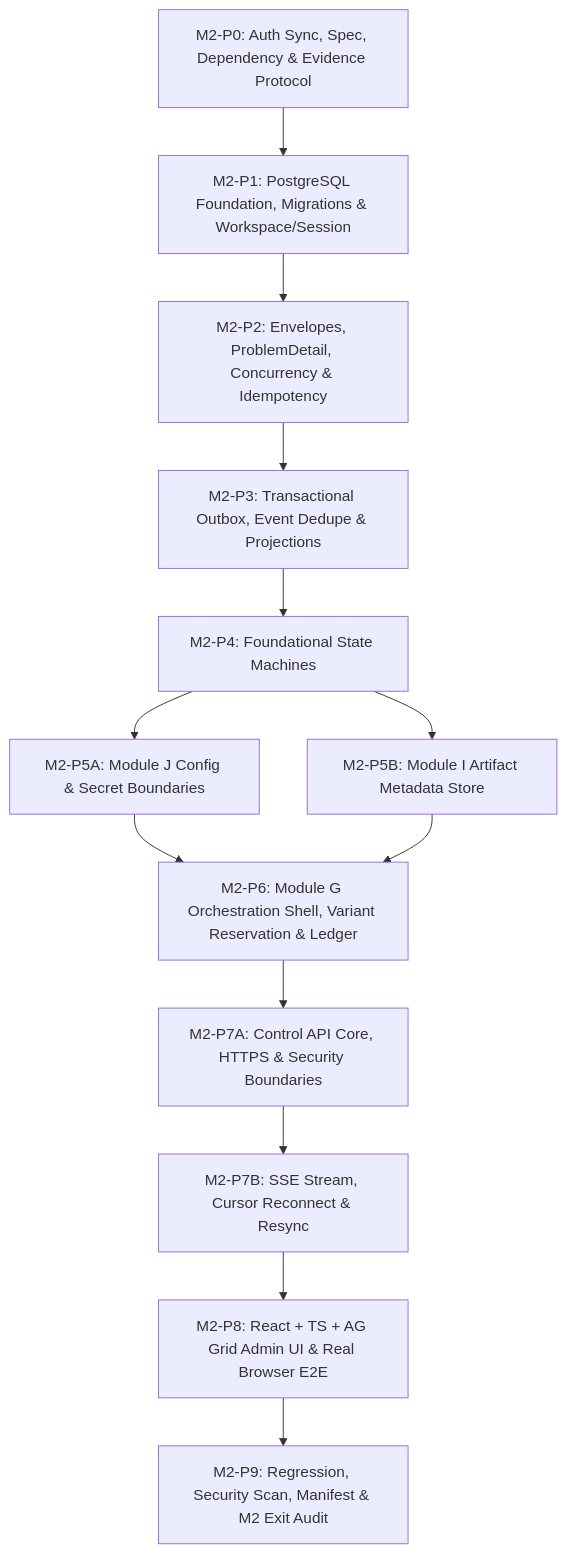
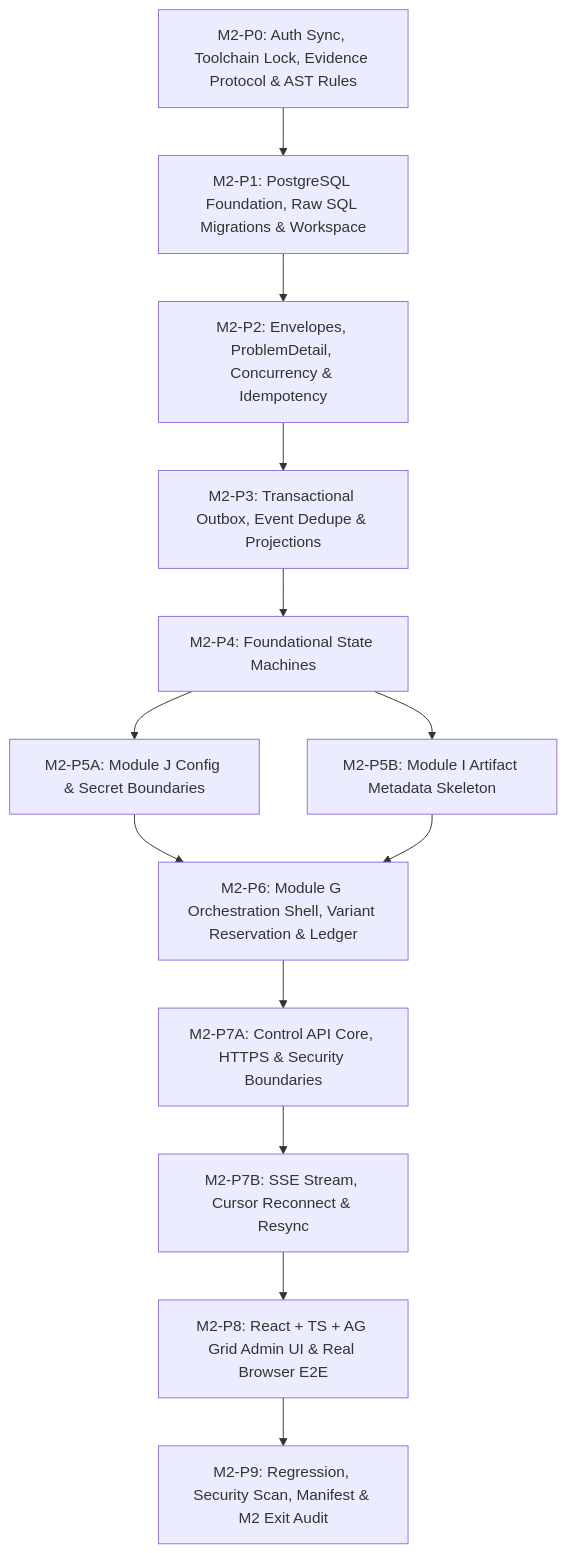
The diagram in docs/milestones/m2-control-plane/implementation-plan.md (trungqwe/AI-Auto-Video-Creator), drawn with Mermaid before and after one commit. The commit also changed other lines of this file and 1 other file, not shown here.

Commit message:
docs(m2): finalize spec and implementation plan per independent review

````diff
--- a/docs/milestones/m2-control-plane/implementation-plan.md
+++ b/docs/milestones/m2-control-plane/implementation-plan.md
@@ -38,15 +41,15 @@
 ```mermaid
 graph TD
-    M2_P0["M2-P0: Auth Sync, Spec, Dependency & Evidence Protocol"] --> M2_P1["M2-P1: PostgreSQL Foundation, Migrations & Workspace/Session"]
+    M2_P0["M2-P0: Auth Sync, Toolchain Lock, Evidence Protocol & AST Rules"] --> M2_P1["M2-P1: PostgreSQL Foundation, Raw SQL Migrations & Workspace"]
     M2_P1 --> M2_P2["M2-P2: Envelopes, ProblemDetail, Concurrency & Idempotency"]
     M2_P2 --> M2_P3["M2-P3: Transactional Outbox, Event Dedupe & Projections"]
     M2_P3 --> M2_P4["M2-P4: Foundational State Machines"]
     M2_P4 --> M2_P5A["M2-P5A: Module J Config & Secret Boundaries"]
-    M2_P4 --> M2_P5B["M2-P5B: Module I Artifact Metadata Store"]
+    M2_P4 --> M2_P5B["M2-P5B: Module I Artifact Metadata Skeleton"]
     M2_P5A --> M2_P6["M2-P6: Module G Orchestration Shell, Variant Reservation & Ledger"]
     M2_P5B --> M2_P6
     M2_P6 --> M2_P7A["M2-P7A: Control API Core, HTTPS & Security Boundaries"]
     M2_P7A --> M2_P7B["M2-P7B: SSE Stream, Cursor Reconnect & Resync"]
     M2_P7B --> M2_P8["M2-P8: React + TS + AG Grid Admin UI & Real Browser E2E"]
     M2_P8 --> M2_P9["M2-P9: Regression, Security Scan, Manifest & M2 Exit Audit"]
 ```
````
